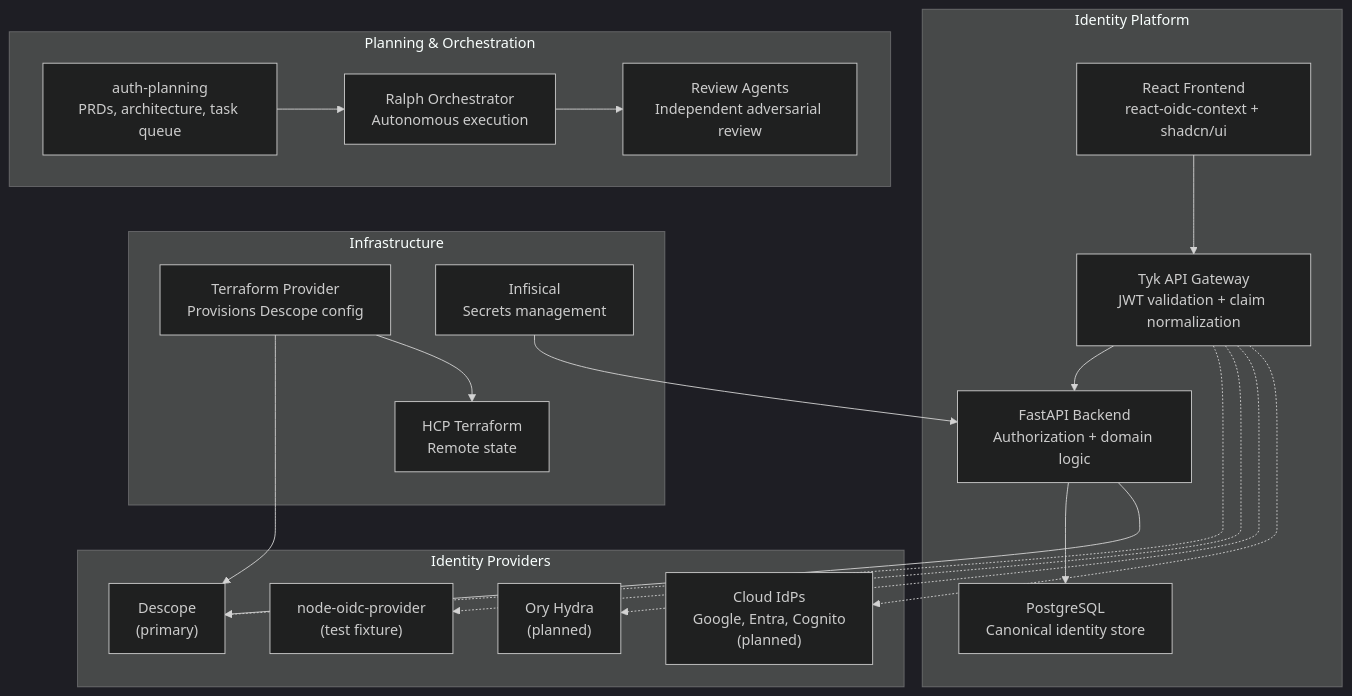
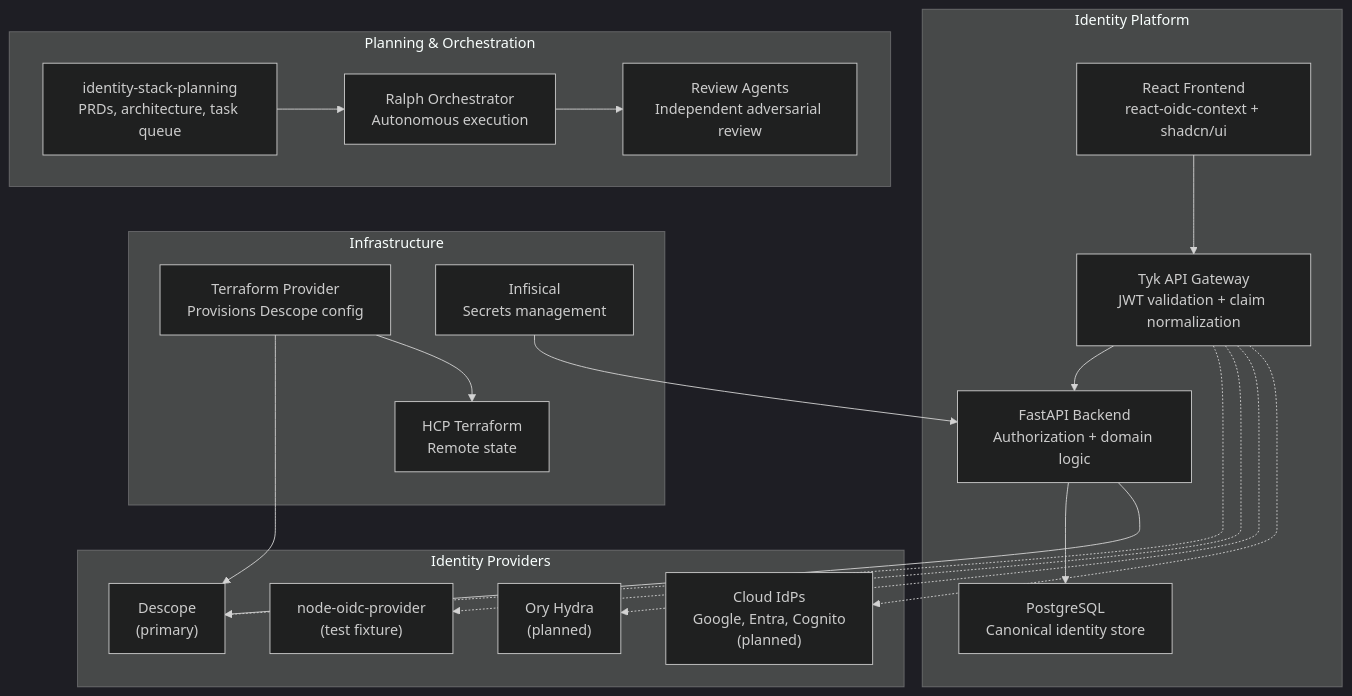
Before and after one commit to jamescrowley321/identity-stack-planning: the first of 4 diagrams in README.md, drawn with Mermaid (dark theme). The commit also changed other lines of this file and 25 other files, not shown here.

First line of the commit message:
chore: rename auth-planning to identity-stack-planning

````diff
--- a/README.md
+++ b/README.md
@@ -11,42 +11,42 @@
 ```mermaid
 graph TB
     subgraph app["Identity Platform"]
         FE["React Frontend<br/>react-oidc-context + shadcn/ui"]
         GW["Tyk API Gateway<br/>JWT validation + claim normalization"]
         BE["FastAPI Backend<br/>Authorization + domain logic"]
         DB["PostgreSQL<br/>Canonical identity store"]
     end
 
     subgraph providers["Identity Providers"]
         DESC["Descope<br/>(primary)"]
         OIDC["node-oidc-provider<br/>(test fixture)"]
         ORY["Ory Hydra<br/>(planned)"]
         CLOUD["Cloud IdPs<br/>Google, Entra, Cognito<br/>(planned)"]
     end
 
     subgraph infra["Infrastructure"]
         TF["Terraform Provider<br/>Provisions Descope config"]
         INF["Infisical<br/>Secrets management"]
         HCP["HCP Terraform<br/>Remote state"]
     end
 
     subgraph planning["Planning & Orchestration"]
-        AP["auth-planning<br/>PRDs, architecture, task queue"]
+        AP["identity-stack-planning<br/>PRDs, architecture, task queue"]
         RALPH["Ralph Orchestrator<br/>Autonomous execution"]
         REVIEW["Review Agents<br/>Independent adversarial review"]
     end
 
     FE --> GW
     GW --> BE
     BE --> DB
     GW -.-> DESC
     GW -.-> OIDC
     GW -.-> ORY
     GW -.-> CLOUD
     BE --> DESC
     TF --> DESC
     TF --> HCP
     INF --> BE
     AP --> RALPH
     RALPH --> REVIEW
 ```
````
